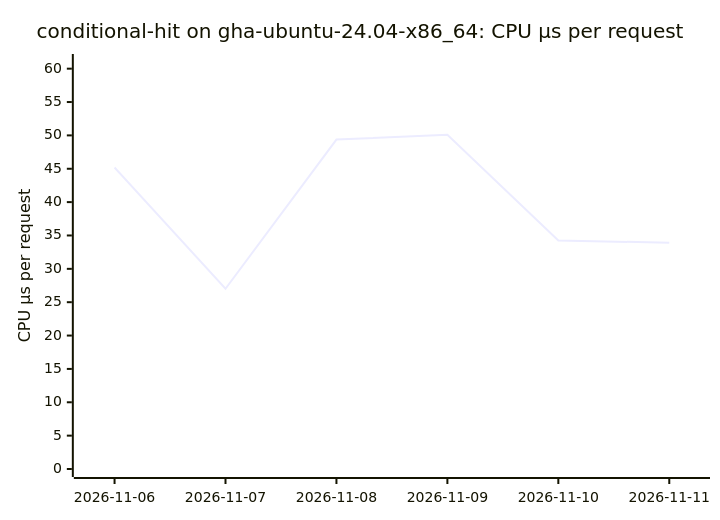
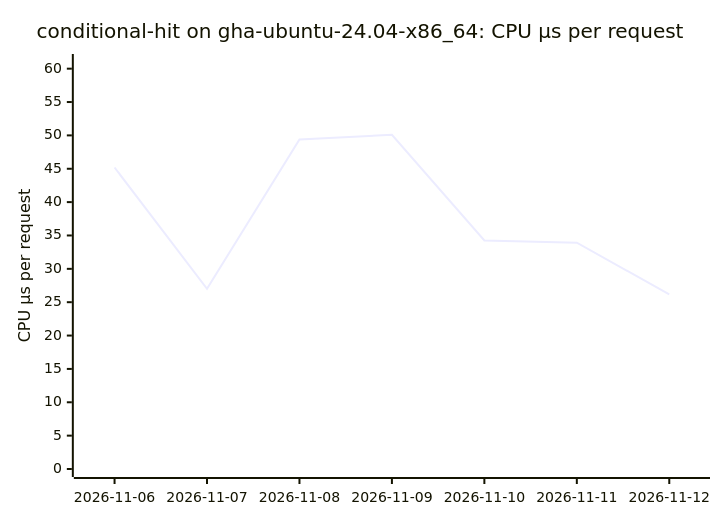
The eighth of 18 diagrams in BENCHMARKS.md (ThePixelPilgrim/durchlauferhitzer), drawn with Mermaid before and after one commit. The commit also changed other lines of this file and 1 other file, not shown here.

````diff
--- a/BENCHMARKS.md
+++ b/BENCHMARKS.md
@@ -96,7 +96,7 @@
 ```mermaid
 xychart-beta
   title "conditional-hit on gha-ubuntu-24.04-x86_64: CPU µs per request"
-  x-axis ["2026-11-06", "2026-11-07", "2026-11-08", "2026-11-09", "2026-11-10", "2026-11-11"]
+  x-axis ["2026-11-06", "2026-11-07", "2026-11-08", "2026-11-09", "2026-11-10", "2026-11-11", "2026-11-12"]
   y-axis "CPU µs per request" 0 --> 61
-  line [45.19, 27.01, 49.38, 50.10, 34.25, 33.91]
+  line [45.19, 27.01, 49.38, 50.10, 34.25, 33.91, 26.17]
 ```
````
